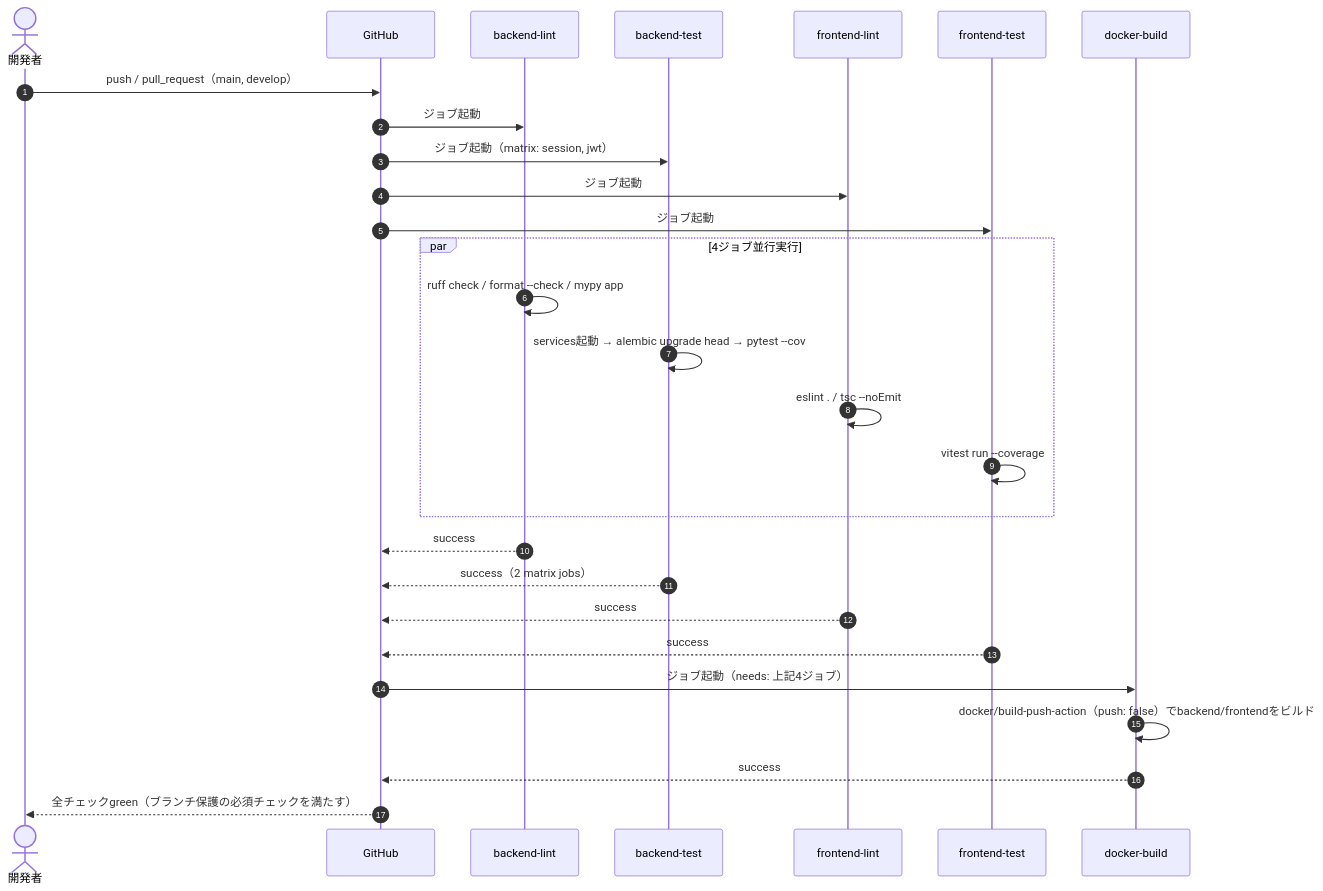
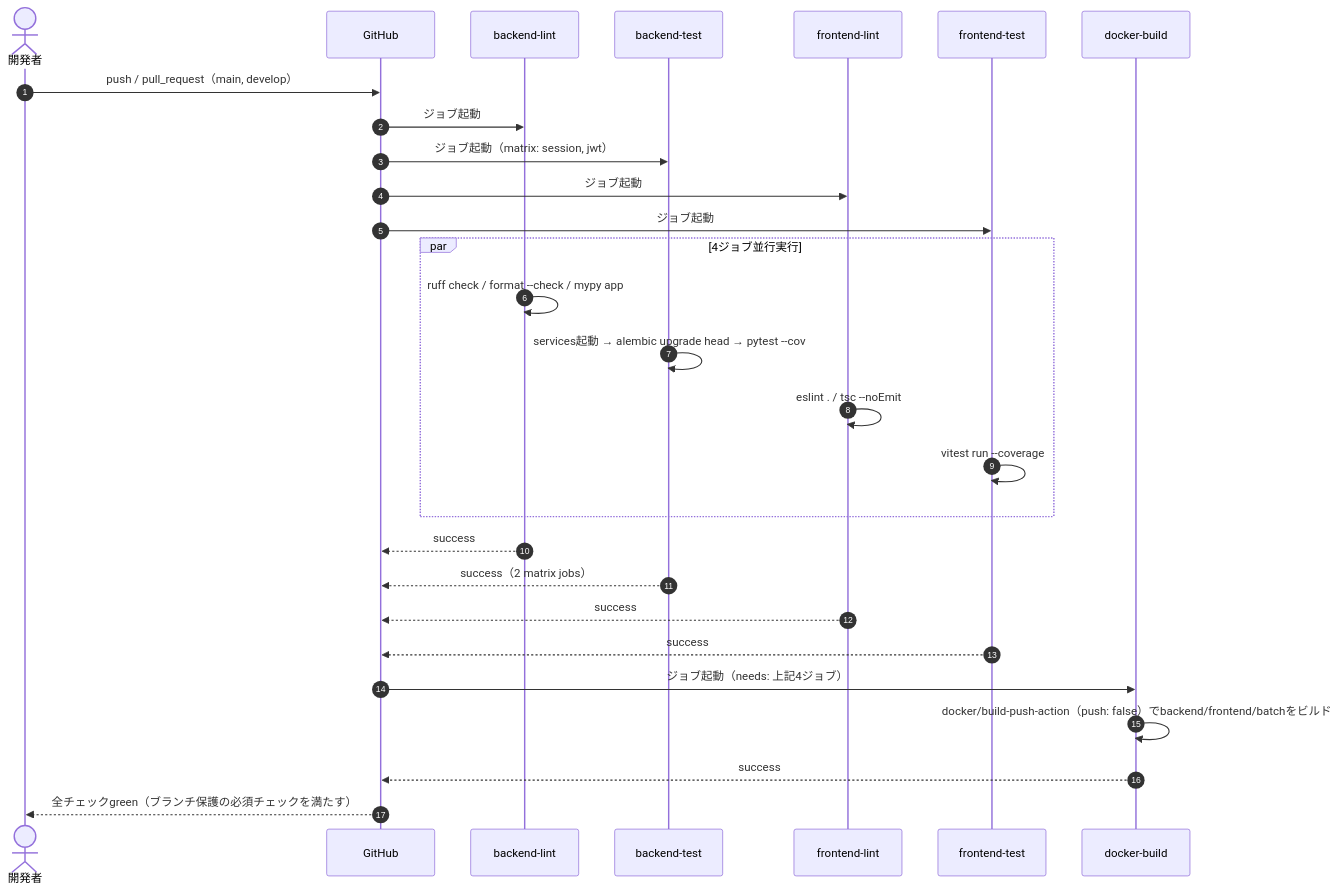
One commit to oikawa-d/task_management changed the first of 4 diagrams in detailed_design/infra/05_ci_workflow.md. Above: the diagram before and after it, drawn with Mermaid. The commit also changed other lines of this file and 3 other files, not shown here.

````diff
--- a/detailed_design/infra/05_ci_workflow.md
+++ b/detailed_design/infra/05_ci_workflow.md
@@ -56,31 +56,31 @@
 ```mermaid
 sequenceDiagram
     autonumber
     actor DEV as 開発者
     participant GH as GitHub
     participant BL as backend-lint
     participant BT as backend-test
     participant FL as frontend-lint
     participant FT as frontend-test
     participant DB as docker-build
 
     DEV->>GH: push / pull_request（main, develop）
     GH->>BL: ジョブ起動
     GH->>BT: ジョブ起動（matrix: session, jwt）
     GH->>FL: ジョブ起動
     GH->>FT: ジョブ起動
     par 4ジョブ並行実行
         BL->>BL: ruff check / format --check / mypy app
         BT->>BT: services起動 → alembic upgrade head → pytest --cov
         FL->>FL: eslint . / tsc --noEmit
         FT->>FT: vitest run --coverage
     end
     BL-->>GH: success
     BT-->>GH: success（2 matrix jobs）
     FL-->>GH: success
     FT-->>GH: success
     GH->>DB: ジョブ起動（needs: 上記4ジョブ）
-    DB->>DB: docker/build-push-action（push: false）でbackend/frontendをビルド
+    DB->>DB: docker/build-push-action（push: false）でbackend/frontend/batchをビルド
     DB-->>GH: success
     GH-->>DEV: 全チェックgreen（ブランチ保護の必須チェックを満たす）
 ```
````
